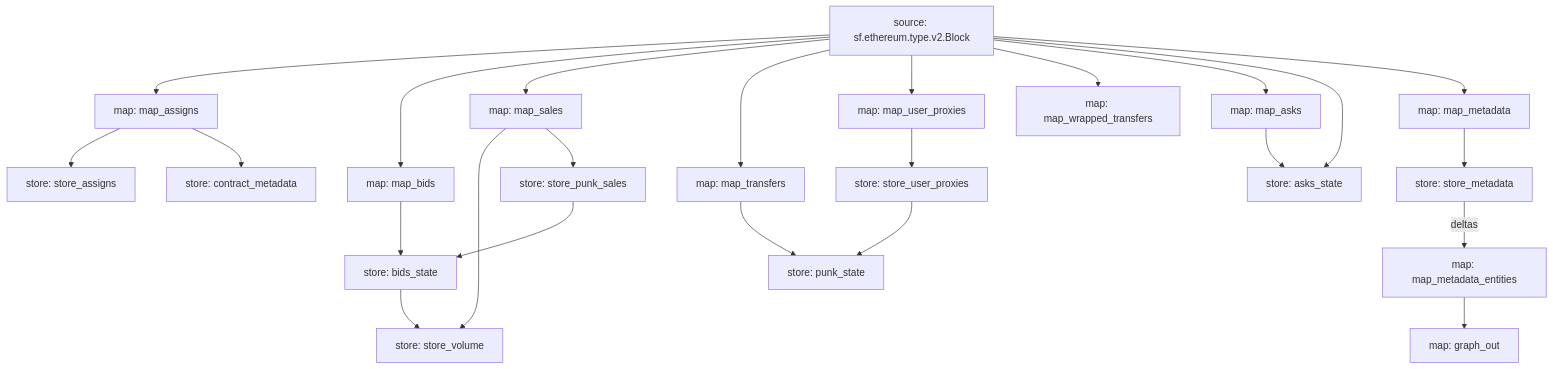
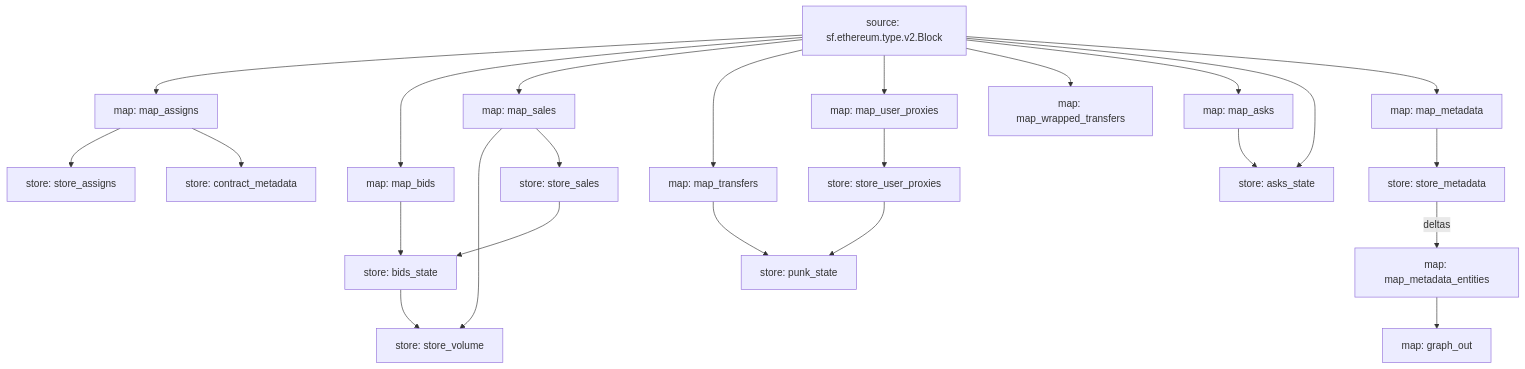
One commit to itsjerryokolo/cryptopunks_substreams changed the diagram in README.md. Above: the diagram before and after it, drawn with Mermaid. The commit also changed 4 other files, not shown here.

````diff
--- a/README.md
+++ b/README.md
@@ -3,45 +3,45 @@
 ```mermaid
 graph TD;
   map_assigns[map: map_assigns]
   sf.ethereum.type.v2.Block[source: sf.ethereum.type.v2.Block] --> map_assigns
   store_assigns[store: store_assigns]
   map_assigns --> store_assigns
   map_bids[map: map_bids]
   sf.ethereum.type.v2.Block[source: sf.ethereum.type.v2.Block] --> map_bids
   bids_state[store: bids_state]
   map_bids --> bids_state
-  store_punk_sales --> bids_state
+  store_sales --> bids_state
   store_volume[store: store_volume]
   map_sales --> store_volume
   bids_state --> store_volume
-  store_punk_sales[store: store_punk_sales]
-  map_sales --> store_punk_sales
+  store_sales[store: store_sales]
+  map_sales --> store_sales
   map_sales[map: map_sales]
   sf.ethereum.type.v2.Block[source: sf.ethereum.type.v2.Block] --> map_sales
   map_transfers[map: map_transfers]
   sf.ethereum.type.v2.Block[source: sf.ethereum.type.v2.Block] --> map_transfers
   punk_state[store: punk_state]
   map_transfers --> punk_state
   store_user_proxies --> punk_state
   map_user_proxies[map: map_user_proxies]
   sf.ethereum.type.v2.Block[source: sf.ethereum.type.v2.Block] --> map_user_proxies
   map_wrapped_transfers[map: map_wrapped_transfers]
   sf.ethereum.type.v2.Block[source: sf.ethereum.type.v2.Block] --> map_wrapped_transfers
   store_user_proxies[store: store_user_proxies]
   map_user_proxies --> store_user_proxies
   map_asks[map: map_asks]
   sf.ethereum.type.v2.Block[source: sf.ethereum.type.v2.Block] --> map_asks
   asks_state[store: asks_state]
   map_asks --> asks_state
   sf.ethereum.type.v2.Block[source: sf.ethereum.type.v2.Block] --> asks_state
   contract_metadata[store: contract_metadata]
   map_assigns --> contract_metadata
   map_metadata[map: map_metadata]
   sf.ethereum.type.v2.Block[source: sf.ethereum.type.v2.Block] --> map_metadata
   store_metadata[store: store_metadata]
   map_metadata --> store_metadata
   map_metadata_entities[map: map_metadata_entities]
   store_metadata -- deltas --> map_metadata_entities
   graph_out[map: graph_out]
   map_metadata_entities --> graph_out
 ```
````
